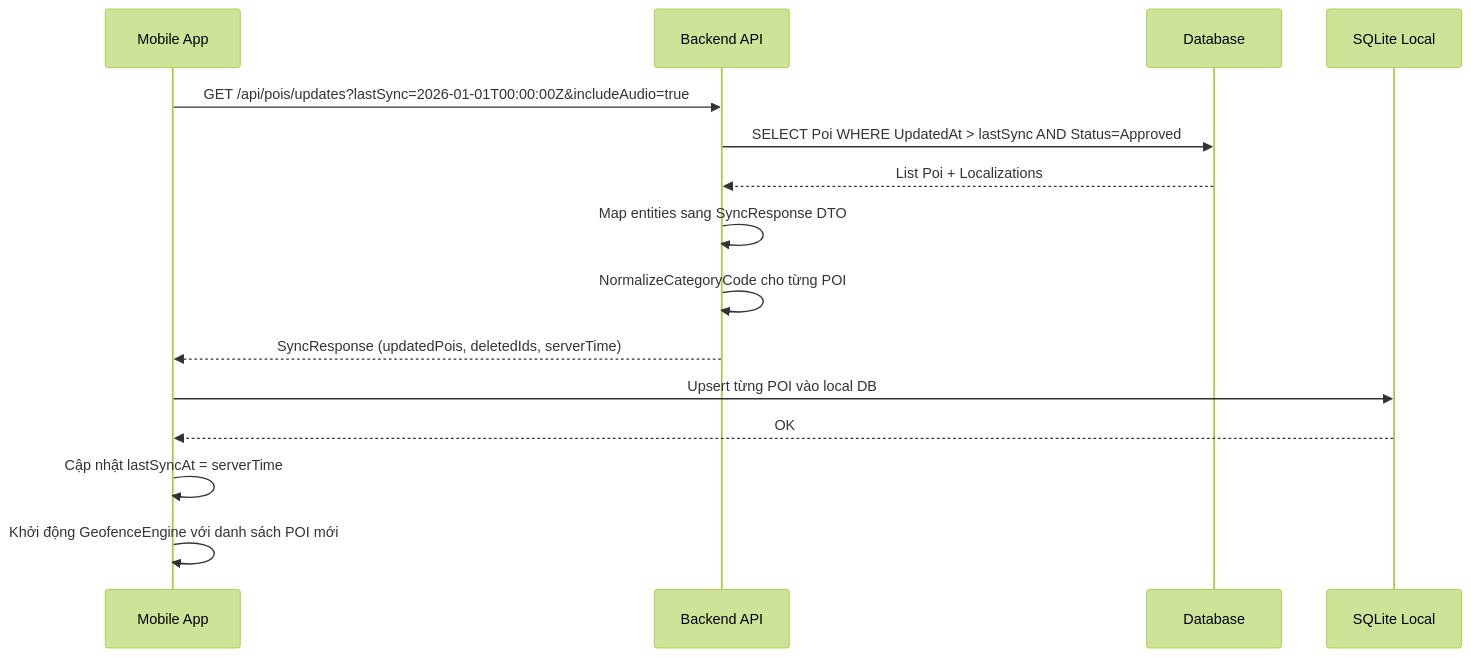
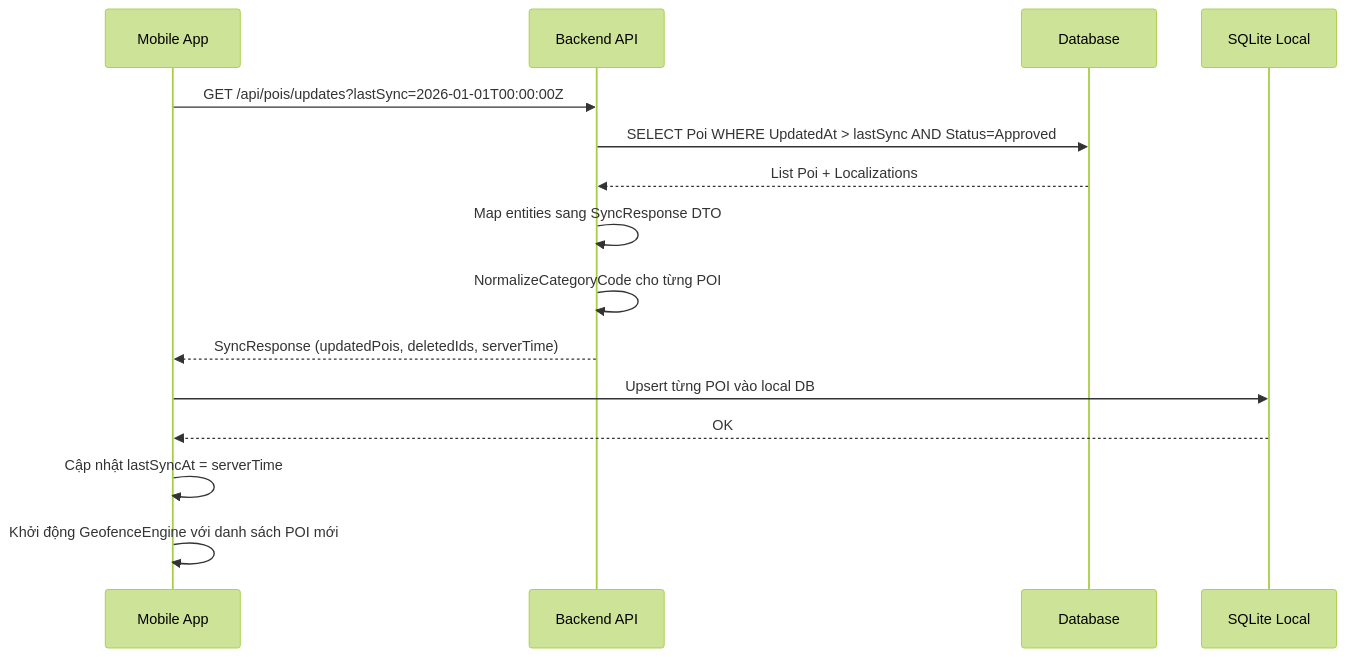
One commit to phamquyet47204/C-Sharp changed the sixth of 17 diagrams in README.md. Above: the diagram before and after it, drawn with Mermaid (forest theme). The commit also changed other lines of this file and 56 other files, not shown here.

First line of the commit message:
feat: keep local merged changes for admin, analytics, and mobile sync

````diff
--- a/README.md
+++ b/README.md
@@ -485,19 +548,19 @@
 ```mermaid
 sequenceDiagram
   participant Mobile as Mobile App
   participant API as Backend API
   participant DB as Database
   participant SQLite as SQLite Local
 
-  Mobile->>API: GET /api/pois/updates?lastSync=2026-01-01T00:00:00Z&includeAudio=true
+  Mobile->>API: GET /api/pois/updates?lastSync=2026-01-01T00:00:00Z
   API->>DB: SELECT Poi WHERE UpdatedAt > lastSync AND Status=Approved
   DB-->>API: List Poi + Localizations
   API->>API: Map entities sang SyncResponse DTO
   API->>API: NormalizeCategoryCode cho từng POI
   API-->>Mobile: SyncResponse (updatedPois, deletedIds, serverTime)
 
   Mobile->>SQLite: Upsert từng POI vào local DB
   SQLite-->>Mobile: OK
   Mobile->>Mobile: Cập nhật lastSyncAt = serverTime
   Mobile->>Mobile: Khởi động GeofenceEngine với danh sách POI mới
 ```
````
